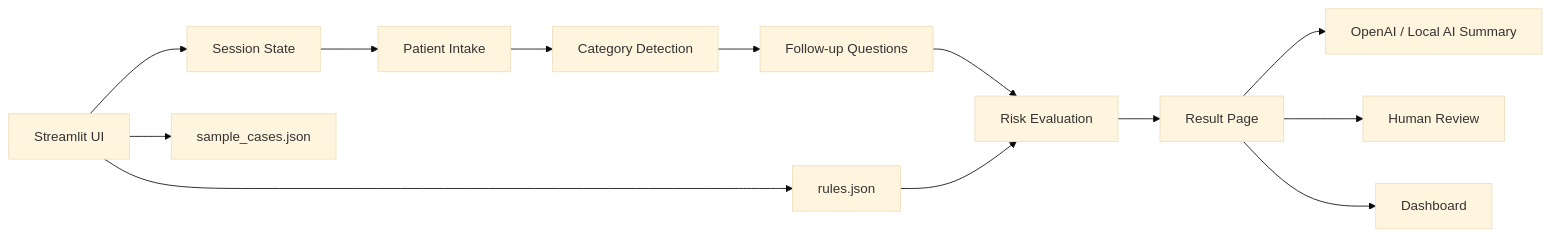
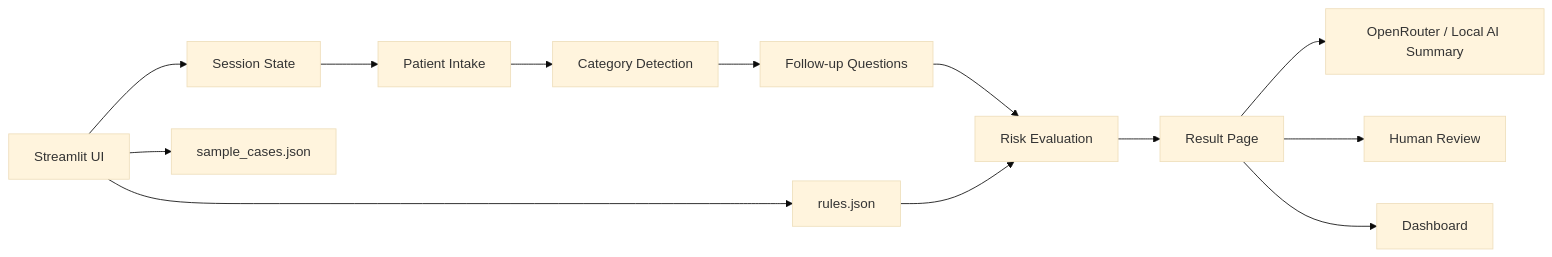
Before and after one commit to Chengwen/medguide-ai: the second of 2 diagrams in MEDICAL_PROTOTYPE_DESIGN.md, drawn with Mermaid (base theme). The commit also changed other lines of this file, not shown here.

````diff
--- a/MEDICAL_PROTOTYPE_DESIGN.md
+++ b/MEDICAL_PROTOTYPE_DESIGN.md
@@ -219,15 +218,15 @@
 ```mermaid
 flowchart LR
     A["Streamlit UI"] --> B["Session State"]
     A --> C["sample_cases.json"]
     A --> D["rules.json"]
     B --> E["Patient Intake"]
     E --> F["Category Detection"]
     F --> G["Follow-up Questions"]
     G --> H["Risk Evaluation"]
     D --> H
     H --> I["Result Page"]
-    I --> J["OpenAI / Local AI Summary"]
+    I --> J["OpenRouter / Local AI Summary"]
     I --> K["Human Review"]
     I --> L["Dashboard"]
 ```
````
